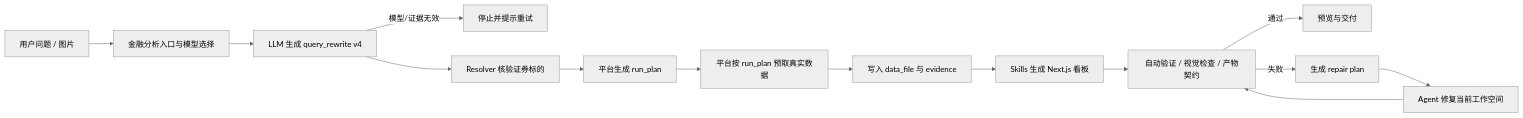
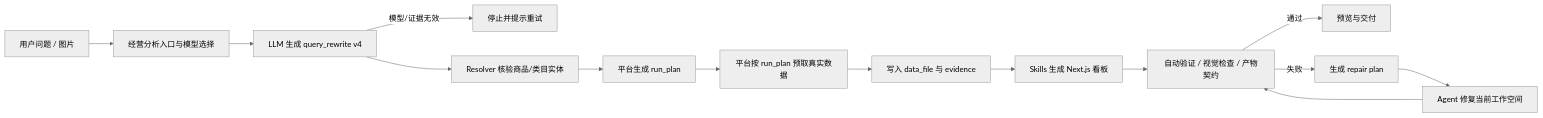
Before and after one commit to betterkite/shop-gate: the diagram in docs/learning/02-ai-workspace-generation.md, drawn with Mermaid (neutral theme). The commit also changed other lines of this file and 42 other files, not shown here.

````diff
--- a/docs/learning/02-ai-workspace-generation.md
+++ b/docs/learning/02-ai-workspace-generation.md
@@ -29,16 +29,16 @@
 ```mermaid
 flowchart LR
-  A[用户问题 / 图片] --> B[金融分析入口与模型选择]
+  A[用户问题 / 图片] --> B[经营分析入口与模型选择]
   B --> Q[LLM 生成 query_rewrite v4]
   Q -->|模型/证据无效| X[停止并提示重试]
-  Q --> R[Resolver 核验证券标的]
+  Q --> R[Resolver 核验商品/类目实体]
   R --> C[平台生成 run_plan]
   C --> D[平台按 run_plan 预取真实数据]
   D --> E[写入 data_file 与 evidence]
   E --> F[Skills 生成 Next.js 看板]
   F --> G[自动验证 / 视觉检查 / 产物契约]
   G -->|通过| H[预览与交付]
   G -->|失败| I[生成 repair plan]
   I --> J[Agent 修复当前工作空间]
   J --> G
 ```
````
